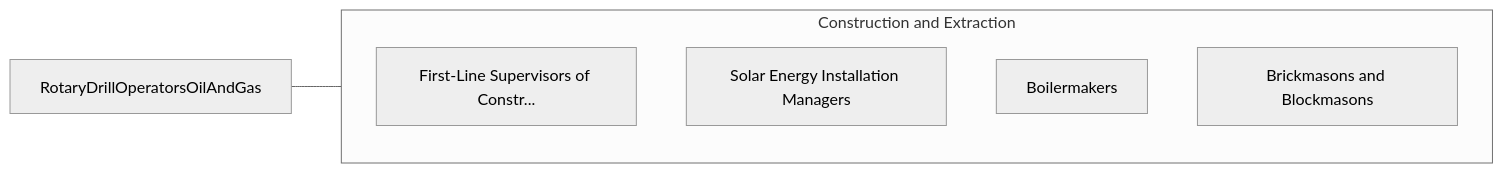
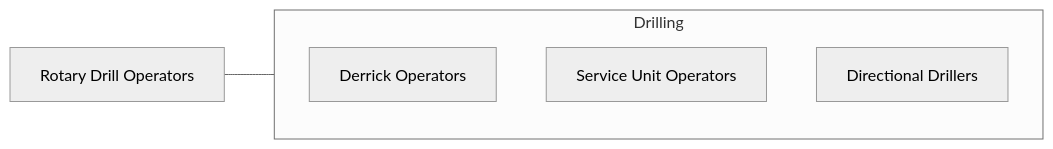
The fourth of 4 diagrams in occupations/Construction/RotaryDrillOperatorsOilAndGas.mdx (kziemski/business.org.ai), drawn with Mermaid (neutral theme) before and after one commit. The commit also changed other lines of this file and 938 other files, not shown here.

````diff
--- a/occupations/Construction/RotaryDrillOperatorsOilAndGas.mdx
+++ b/occupations/Construction/RotaryDrillOperatorsOilAndGas.mdx
@@ -106,13 +160,10 @@
 ```mermaid
 graph LR
-    Current["RotaryDrillOperatorsOilAndGas"]
-
-    subgraph SameCategory["Construction and Extraction"]
-        FirstLineSupervisors["First-Line Supervisors of Constr..."]
-        SolarEnergyInstallat["Solar Energy Installation Managers"]
-        Boilermakers["Boilermakers"]
-        BrickmasonsAndBlockm["Brickmasons and Blockmasons"]
+    Current["Rotary Drill Operators"]
+    subgraph Same["Drilling"]
+        Derrick["Derrick Operators"]
+        Service["Service Unit Operators"]
+        DD["Directional Drillers"]
     end
-
-    Current --- SameCategory
+    Current --- Same
 ```
````
